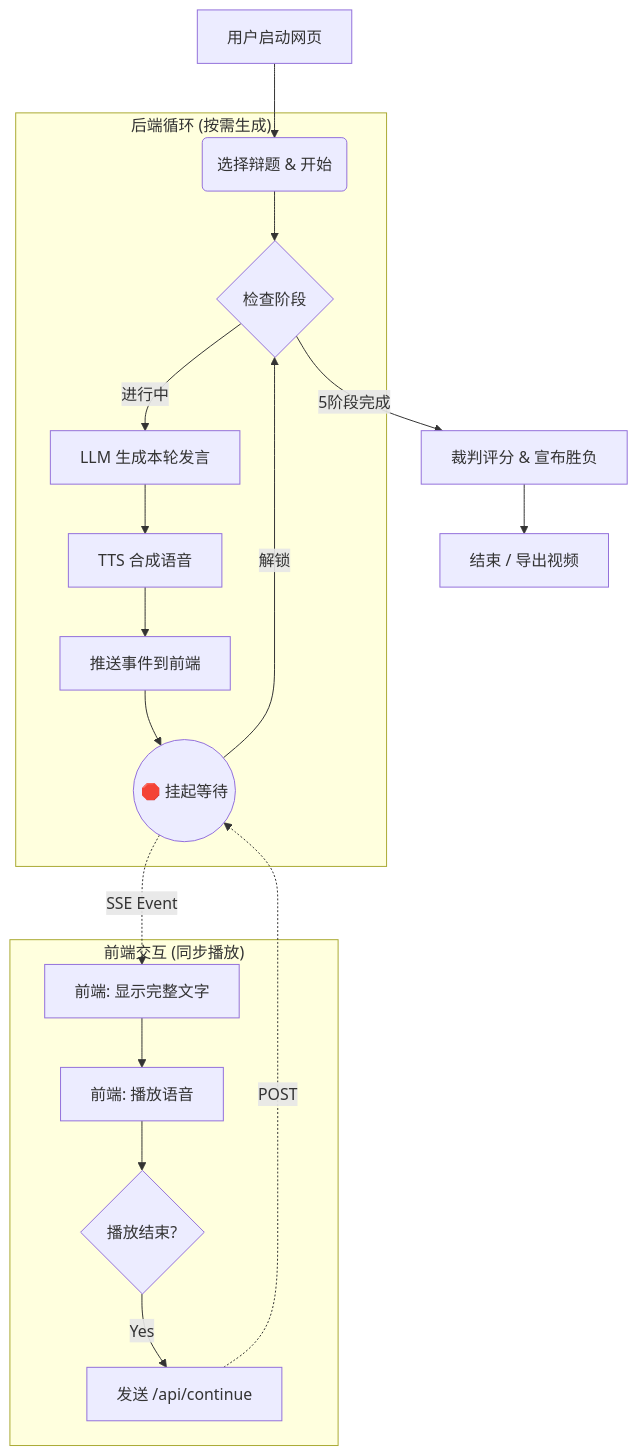
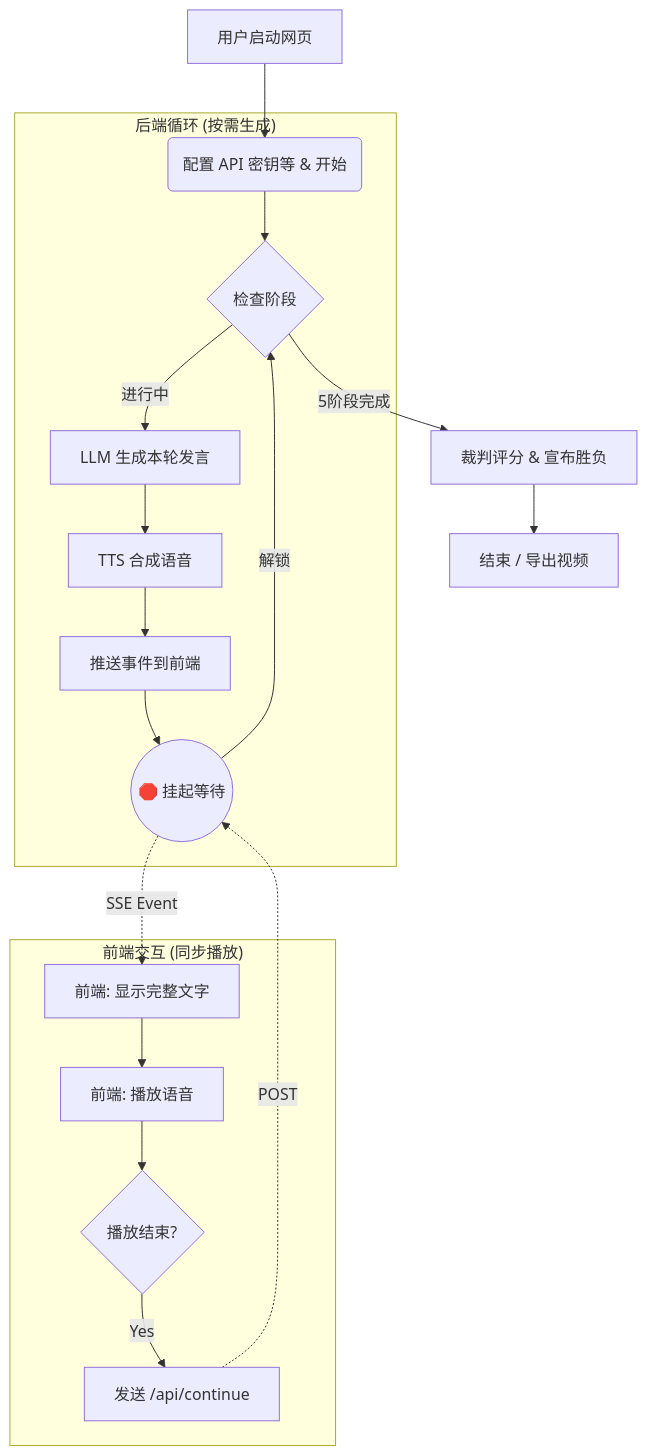
One commit to zhimingliang897-web/integrity changed the diagram in 5AI辩论赛/README.md. Above: the diagram before and after it, drawn with Mermaid. The commit also changed other lines of this file and 240 other files, not shown here.

````diff
--- a/5AI辩论赛/README.md
+++ b/5AI辩论赛/README.md
@@ -50,24 +72,24 @@
 ```mermaid
 graph TD
-    A[用户启动网页] --> B(选择辩题 & 开始);
+    A[用户启动网页] --> B(配置 API 密钥等 & 开始);
 
     subgraph "后端循环 (按需生成)"
         B --> C{检查阶段};
         C -- 进行中 --> D[LLM 生成本轮发言];
         D --> E[TTS 合成语音];
         E --> F[推送事件到前端];
         F --> G((🛑 挂起等待));
     end
 
     subgraph "前端交互 (同步播放)"
         G -. SSE Event .-> H[前端: 显示完整文字];
         H --> I[前端: 播放语音];
         I --> J{播放结束?};
         J -- Yes --> K[发送 /api/continue];
         K -. POST .-> G;
         G -- 解锁 --> C;
     end
 
     C -- 5阶段完成 --> L[裁判评分 & 宣布胜负];
     L --> M[结束 / 导出视频];
 ```
````
